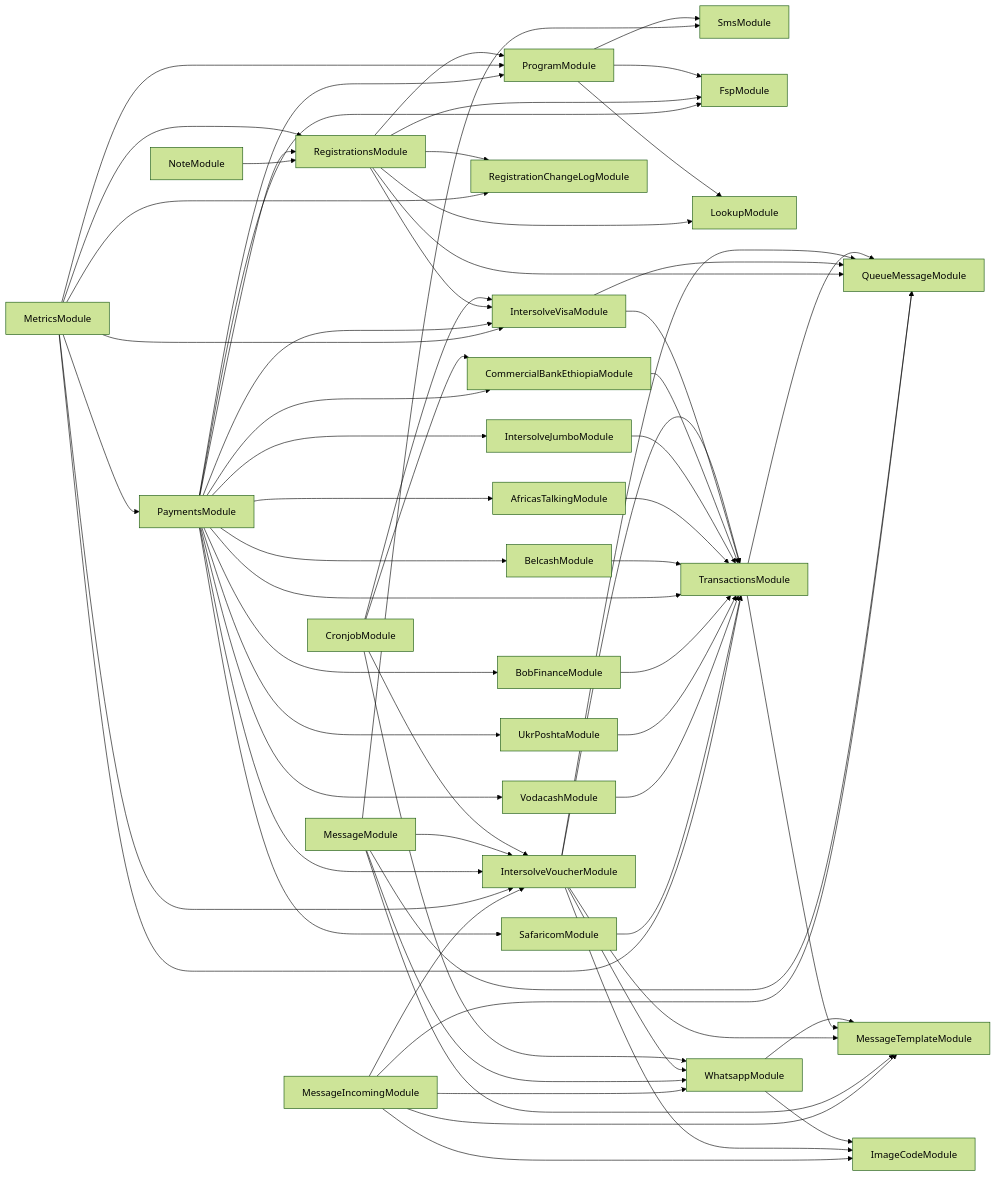
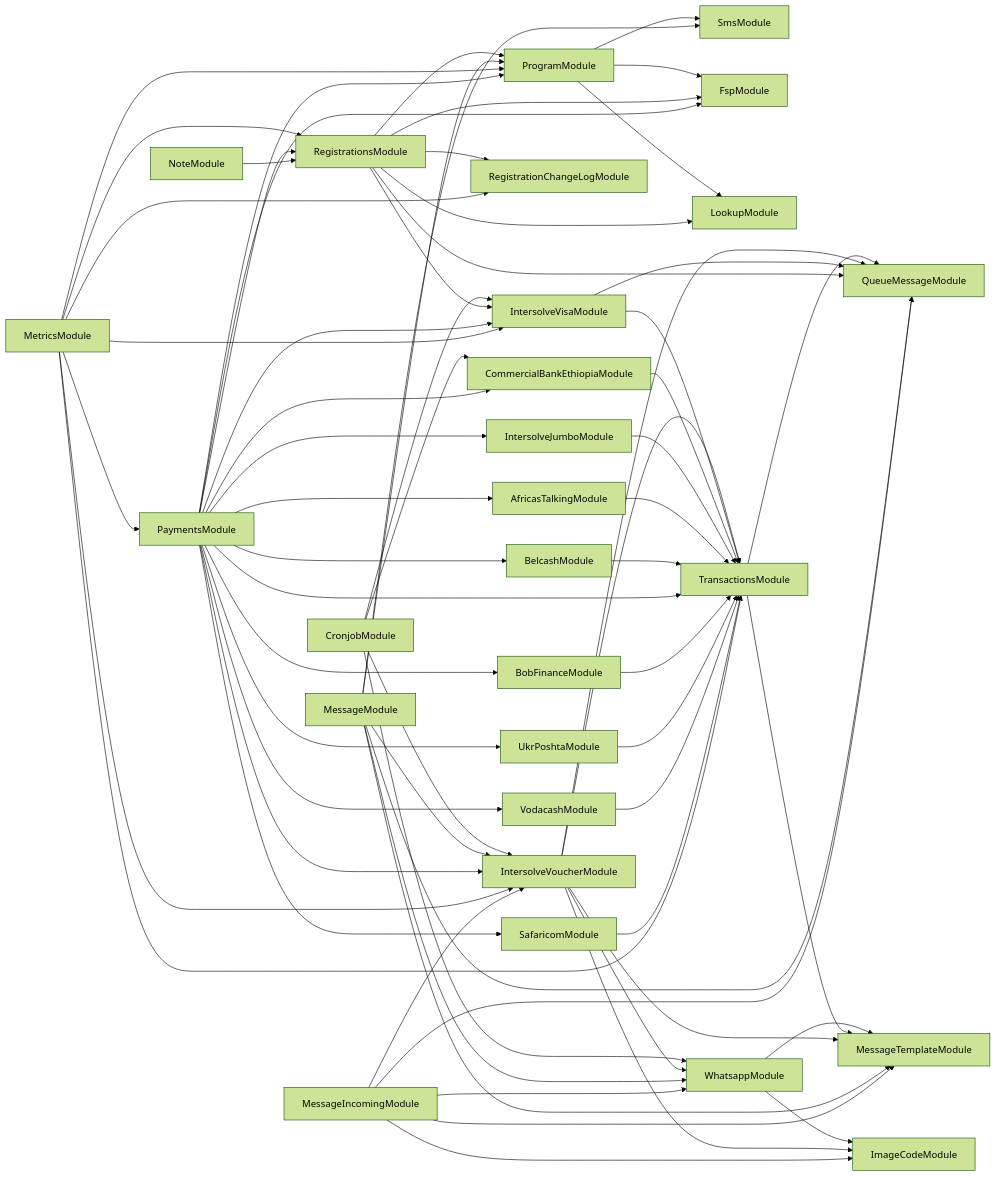
One commit to global-121/121-platform changed the diagram in services/121-service/module-dependencies.md. Above: the diagram before and after it, drawn with Mermaid (forest theme). The commit also changed 2 other files, not shown here.

Commit message:
feat: process placeholders in message text AB#25056

````diff
--- a/services/121-service/module-dependencies.md
+++ b/services/121-service/module-dependencies.md
@@ -3,67 +3,68 @@
 ```mermaid
 graph LR
   ProgramModule-->SmsModule
   ProgramModule-->FspModule
   ProgramModule-->LookupModule
   CronjobModule-->WhatsappModule
   WhatsappModule-->ImageCodeModule
   WhatsappModule-->MessageTemplateModule
   CronjobModule-->IntersolveVoucherModule
   IntersolveVoucherModule-->ImageCodeModule
   IntersolveVoucherModule-->TransactionsModule
   TransactionsModule-->QueueMessageModule
   TransactionsModule-->MessageTemplateModule
   IntersolveVoucherModule-->WhatsappModule
   IntersolveVoucherModule-->QueueMessageModule
   IntersolveVoucherModule-->MessageTemplateModule
   CronjobModule-->IntersolveVisaModule
   IntersolveVisaModule-->TransactionsModule
   IntersolveVisaModule-->QueueMessageModule
   CronjobModule-->CommercialBankEthiopiaModule
   CommercialBankEthiopiaModule-->TransactionsModule
   RegistrationsModule-->LookupModule
   RegistrationsModule-->ProgramModule
   RegistrationsModule-->FspModule
   RegistrationsModule-->QueueMessageModule
   RegistrationsModule-->IntersolveVisaModule
   RegistrationsModule-->RegistrationChangeLogModule
   MessageModule-->WhatsappModule
   MessageModule-->SmsModule
   MessageModule-->QueueMessageModule
   MessageModule-->IntersolveVoucherModule
   MessageModule-->MessageTemplateModule
+  MessageModule-->ProgramModule
   MetricsModule-->ProgramModule
   MetricsModule-->RegistrationsModule
   MetricsModule-->PaymentsModule
   PaymentsModule-->FspModule
   PaymentsModule-->IntersolveVoucherModule
   PaymentsModule-->IntersolveVisaModule
   PaymentsModule-->IntersolveJumboModule
   IntersolveJumboModule-->TransactionsModule
   PaymentsModule-->AfricasTalkingModule
   AfricasTalkingModule-->TransactionsModule
   PaymentsModule-->BelcashModule
   BelcashModule-->TransactionsModule
   PaymentsModule-->TransactionsModule
   PaymentsModule-->BobFinanceModule
   BobFinanceModule-->TransactionsModule
   PaymentsModule-->UkrPoshtaModule
   UkrPoshtaModule-->TransactionsModule
   PaymentsModule-->VodacashModule
   VodacashModule-->TransactionsModule
   PaymentsModule-->SafaricomModule
   SafaricomModule-->TransactionsModule
   PaymentsModule-->CommercialBankEthiopiaModule
   PaymentsModule-->RegistrationsModule
   PaymentsModule-->ProgramModule
   MetricsModule-->TransactionsModule
   MetricsModule-->IntersolveVisaModule
   MetricsModule-->IntersolveVoucherModule
   MetricsModule-->RegistrationChangeLogModule
   MessageIncomingModule-->ImageCodeModule
   MessageIncomingModule-->IntersolveVoucherModule
   MessageIncomingModule-->WhatsappModule
   MessageIncomingModule-->QueueMessageModule
   MessageIncomingModule-->MessageTemplateModule
   NoteModule-->RegistrationsModule
 ```
````
